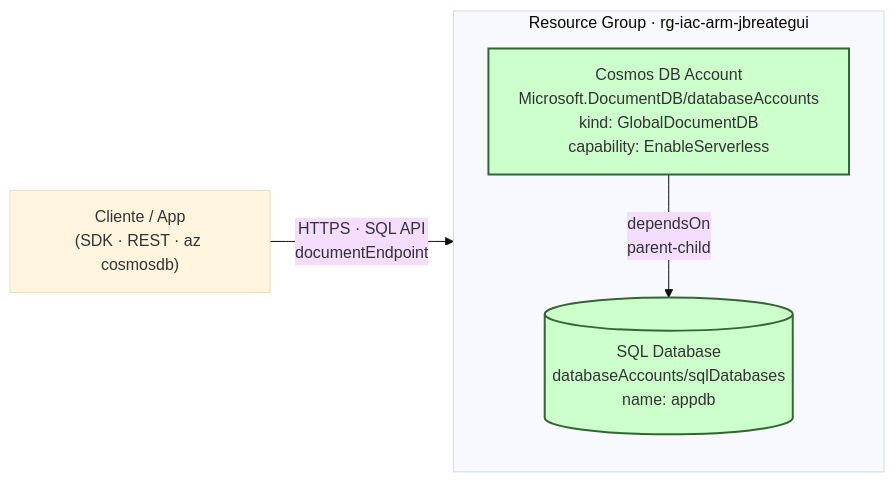
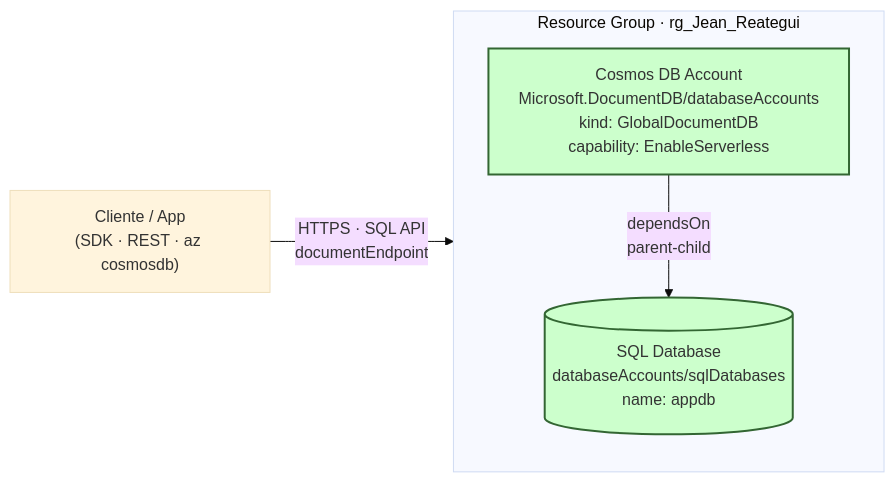
Before and after one commit to jbreategui/tarea-iac-nativo: the diagram in azure-arm-cosmos/README.md, drawn with Mermaid (base theme). The commit also changed other lines of this file and 1 other file, not shown here.

Commit message:
fix: quitar az group delete de READMEs - solo borrado quirurgico

````diff
--- a/azure-arm-cosmos/README.md
+++ b/azure-arm-cosmos/README.md
@@ -16,14 +16,14 @@
 ```mermaid
 flowchart LR
     Client["Cliente / App<br/>(SDK · REST · az cosmosdb)"]
-    subgraph RG["Resource Group · rg-iac-arm-jbreategui"]
+    subgraph RG["Resource Group · rg_Jean_Reategui"]
         direction TB
         Account["Cosmos DB Account<br/>Microsoft.DocumentDB/databaseAccounts<br/>kind: GlobalDocumentDB<br/>capability: EnableServerless"]
         DB[("SQL Database<br/>databaseAccounts/sqlDatabases<br/>name: appdb")]
         Account -->|dependsOn<br/>parent-child| DB
     end
     Client -->|HTTPS · SQL API<br/>documentEndpoint| Account
 
     classDef principal fill:#cfc,stroke:#363,stroke-width:2px
     class Account,DB principal
 ```
````
